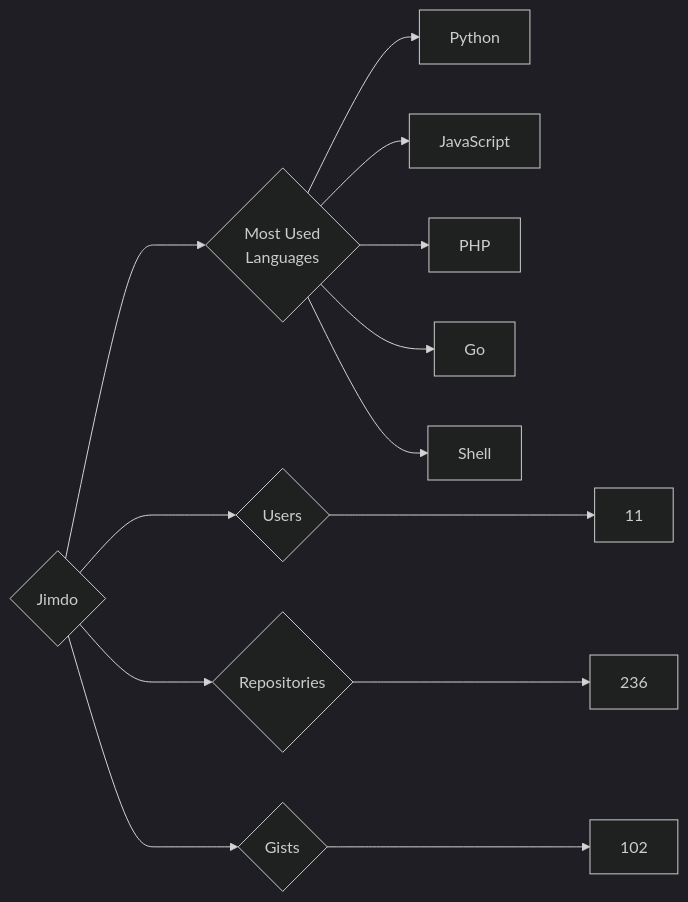
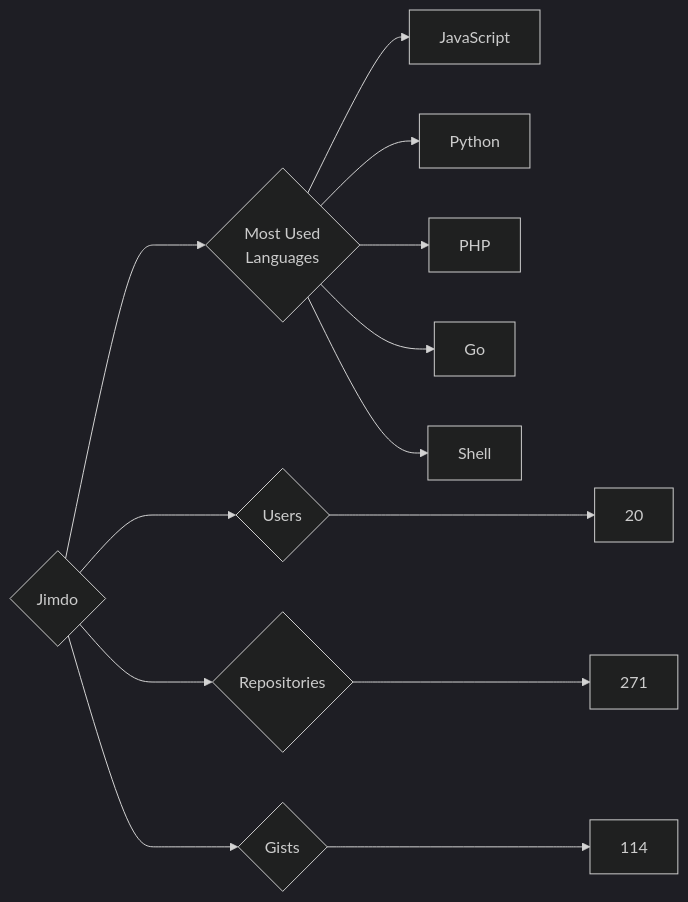
Before and after one commit to trickest/insiders: the diagram in targets/Jimdo/README.md, drawn with Mermaid (dark theme). The commit also changed 545 other files, not shown here.

````diff
--- a/targets/Jimdo/README.md
+++ b/targets/Jimdo/README.md
@@ -3,13 +3,13 @@
 ```mermaid
 graph LR
 COMPANY_NAME{Jimdo}
-COMPANY_NAME ---> U{Users} ---> UN[11]
-COMPANY_NAME ---> R{Repositories} ---> RN[236]
-COMPANY_NAME ---> G{Gists} ---> GN[102]
+COMPANY_NAME ---> U{Users} ---> UN[20]
+COMPANY_NAME ---> R{Repositories} ---> RN[271]
+COMPANY_NAME ---> G{Gists} ---> GN[114]
 COMPANY_NAME ---> ML{Most Used<br>Languages}
+ML --> JavaScript[JavaScript]
 ML --> Python[Python]
-ML --> JavaScript[JavaScript]
 ML --> PHP[PHP]
 ML --> Go[Go]
 ML --> Shell[Shell]
 ```
````
